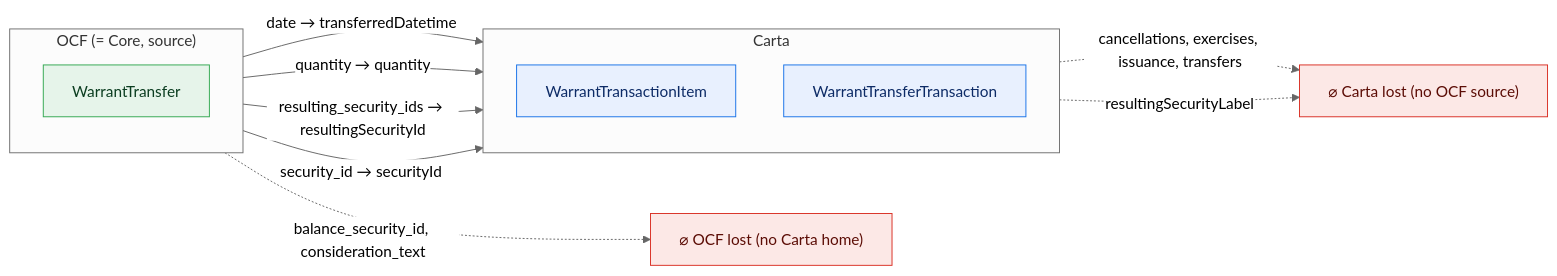
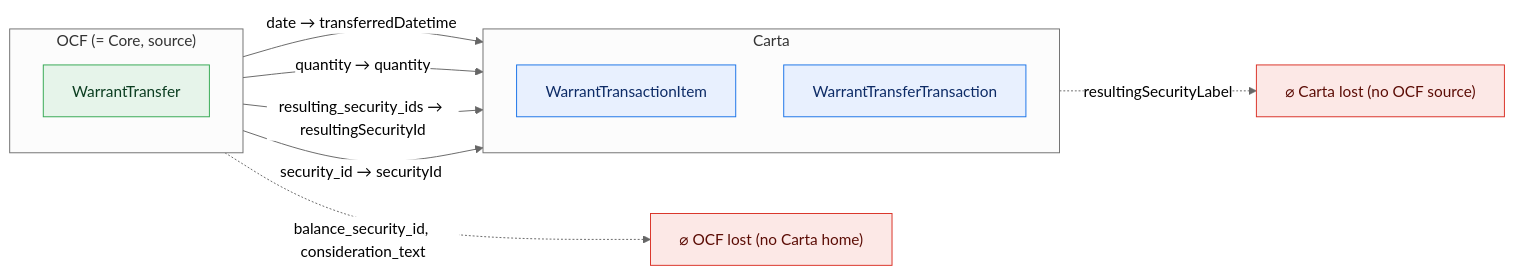
Before and after one commit to Open-Cap-Table-Coalition/OCF-Composed-Schemas: diagram 19 of 47 in docs/core-bidirectional-flow.md, drawn with Mermaid (neutral theme). The commit also changed other lines of this file and 18 other files, not shown here.

````diff
--- a/docs/core-bidirectional-flow.md
+++ b/docs/core-bidirectional-flow.md
@@ -684,25 +711,24 @@
 ```mermaid
 flowchart LR
   classDef adm fill:#e6f4ea,stroke:#34a853,color:#0b3d20;
   classDef notadm fill:#f1f3f4,stroke:#9aa0a6,color:#5f6368,stroke-dasharray:4 3;
   classDef carta fill:#e8f0fe,stroke:#1a73e8,color:#0d2b66;
   classDef lost fill:#fce8e6,stroke:#d93025,color:#5c0d06;
   subgraph SRC["OCF (= Core, source)"]
     direction TB
     o0["WarrantTransfer"]:::adm
   end
   subgraph TGT["Carta"]
     direction TB
     t0["WarrantTransactionItem"]:::carta
     t1["WarrantTransferTransaction"]:::carta
   end
   ocflost["⌀ OCF lost (no Carta home)"]:::lost
   cartalost["⌀ Carta lost (no OCF source)"]:::lost
   o0 -->|"date → transferredDatetime"| t1
   o0 -->|"quantity → quantity"| t1
   o0 -->|"resulting_security_ids → resultingSecurityId"| t1
   o0 -->|"security_id → securityId"| t0
   o0 -.->|"balance_security_id, consideration_text"| ocflost
-  t0 -.->|"cancellations, exercises, issuance, transfers"| cartalost
   t1 -.->|"resultingSecurityLabel"| cartalost
 ```
````
